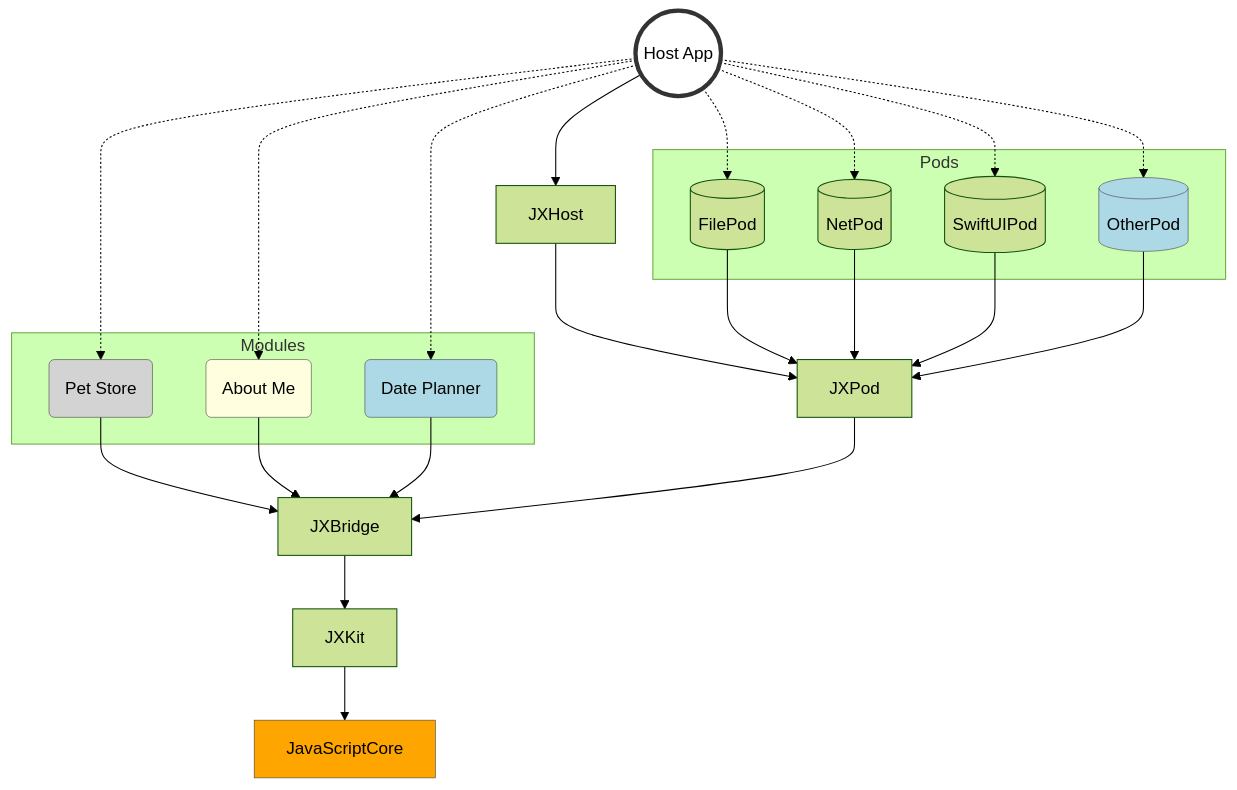
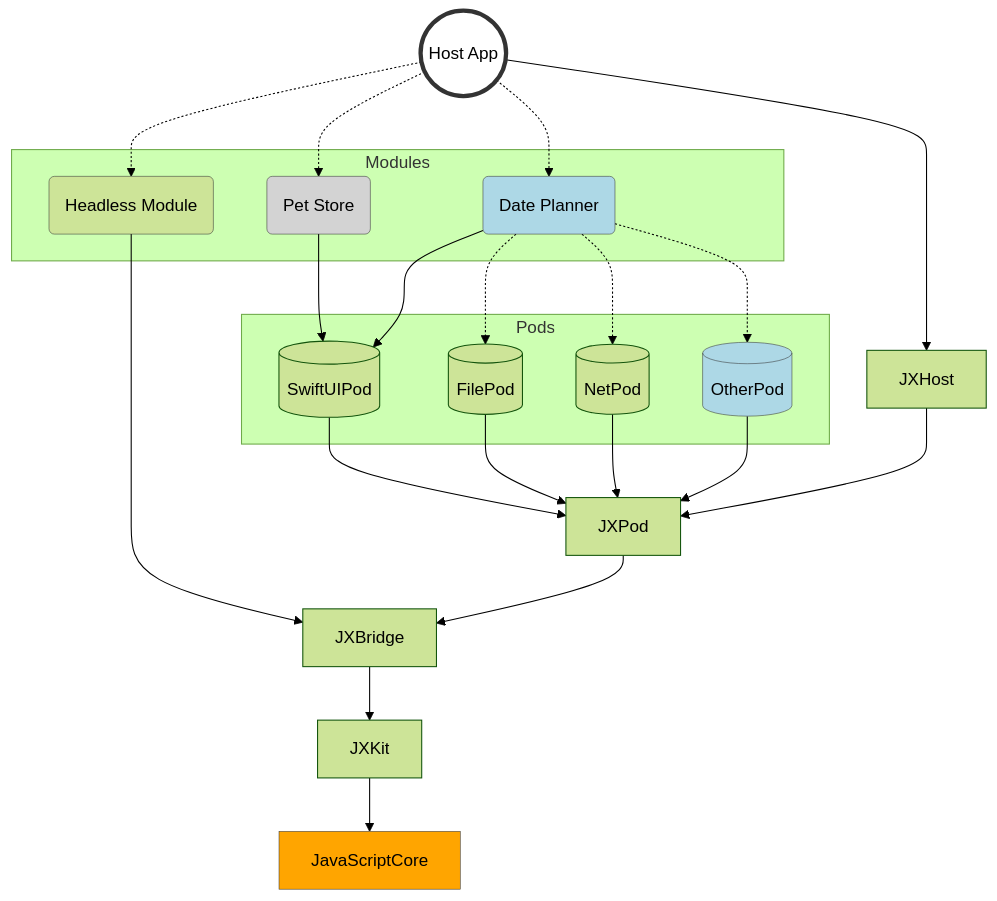
The second of 2 diagrams in README.md (jectivex/JXHost), drawn with Mermaid (forest theme) before and after one commit.

````diff
--- a/README.md
+++ b/README.md
@@ -69,62 +69,63 @@
 ```mermaid
 flowchart TB
-    HostApp((Host App)) -.-> PetStoreModule(Pet Store)
-    HostApp -.-> AboutMeModule(About Me)
-    HostApp -.-> DatePlannerModule(Date Planner)
+    HostApp -.-> HeadlessModule
+    HostApp((Host App)) -.-> PetStoreModule
+    HostApp -.-> DatePlannerModule
     
     HostApp --> JXHost
     
     subgraph Modules
-      PetStoreModule
-      AboutMeModule
-      DatePlannerModule
+      HeadlessModule(Headless Module)
+      PetStoreModule(Pet Store)
+      DatePlannerModule(Date Planner)
     end
 
-    PetStoreModule --> JXBridge
-    AboutMeModule --> JXBridge
-    DatePlannerModule --> JXBridge
+    HeadlessModule --> JXBridge
+
+    PetStoreModule --> SwiftUIPod
+    
+    DatePlannerModule --> SwiftUIPod
+    DatePlannerModule -.-> FilePod
+    DatePlannerModule -.-> NetPod
+    DatePlannerModule -.-> OtherPod
 
     JXHost --> JXPod
     JXPod --> JXBridge
     
-    HostApp -.-> FilePod[(FilePod)]
-    HostApp -.-> NetPod[(NetPod)]
-    HostApp -.-> SwiftUIPod[(SwiftUIPod)]
-    HostApp -.-> OtherPod[(OtherPod)]
     
     subgraph Pods
-      FilePod
-      NetPod
-      SwiftUIPod
-      OtherPod
+      FilePod[(FilePod)]
+      NetPod[(NetPod)]
+      SwiftUIPod[(SwiftUIPod)]
+      OtherPod[(OtherPod)]
     end
 
     FilePod --> JXPod
     NetPod --> JXPod
     SwiftUIPod --> JXPod
     OtherPod --> JXPod
 
     JXBridge --> JXKit
     
     JXKit --> JavaScriptCore[JavaScriptCore]
 
 classDef HostApp fill:white,stroke:#333,stroke-width:4px
 class HostApp HostApp
 
-classDef gray fill:lightgray,stroke:#333,stroke-width:0.5px
-classDef yellow fill:lightyellow,stroke:#333,stroke-width:0.5px
-classDef blue fill:lightblue,stroke:#333,stroke-width:0.5px
+classDef PetStoreModule fill:lightgray,stroke:#333,stroke-width:0.5px
+classDef HeadlessModule fill:lightbrown,stroke:#333,stroke-width:0.5px
+classDef DatePlannerModule fill:lightblue,stroke:#333,stroke-width:0.5px
 
-class PetStoreModule gray
-class AboutMeModule yellow
-class DatePlannerModule blue
+class PetStoreModule PetStoreModule
+class HeadlessModule HeadlessModule
+class DatePlannerModule DatePlannerModule
 
 classDef OtherPod fill:lightblue,stroke:#333,stroke-width:0.5px
 class OtherPod OtherPod
 
 classDef JavaScriptCore fill:orange,stroke:#333,stroke-width:0.5px
 class JavaScriptCore JavaScriptCore
 
 class di orange
 
 ```
````
